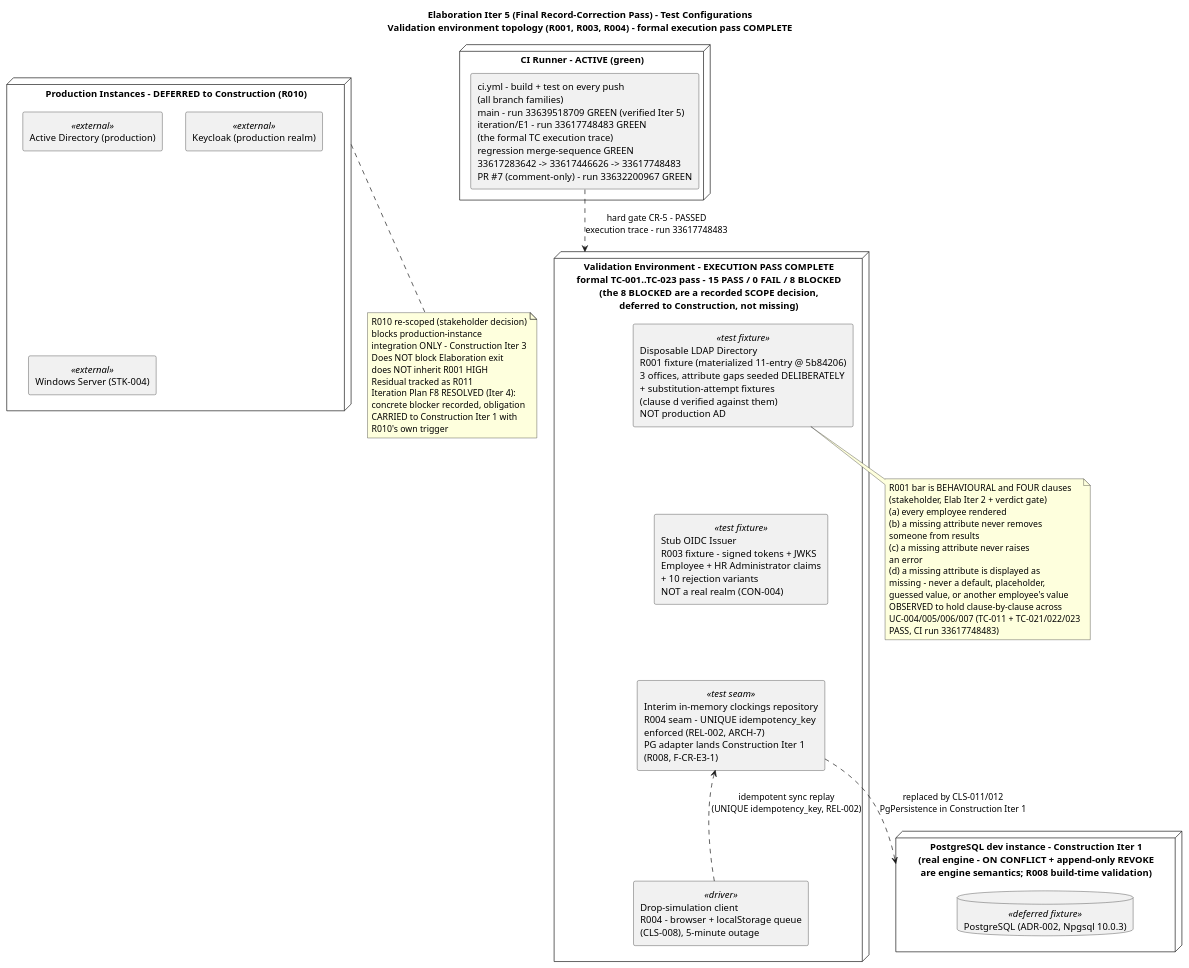
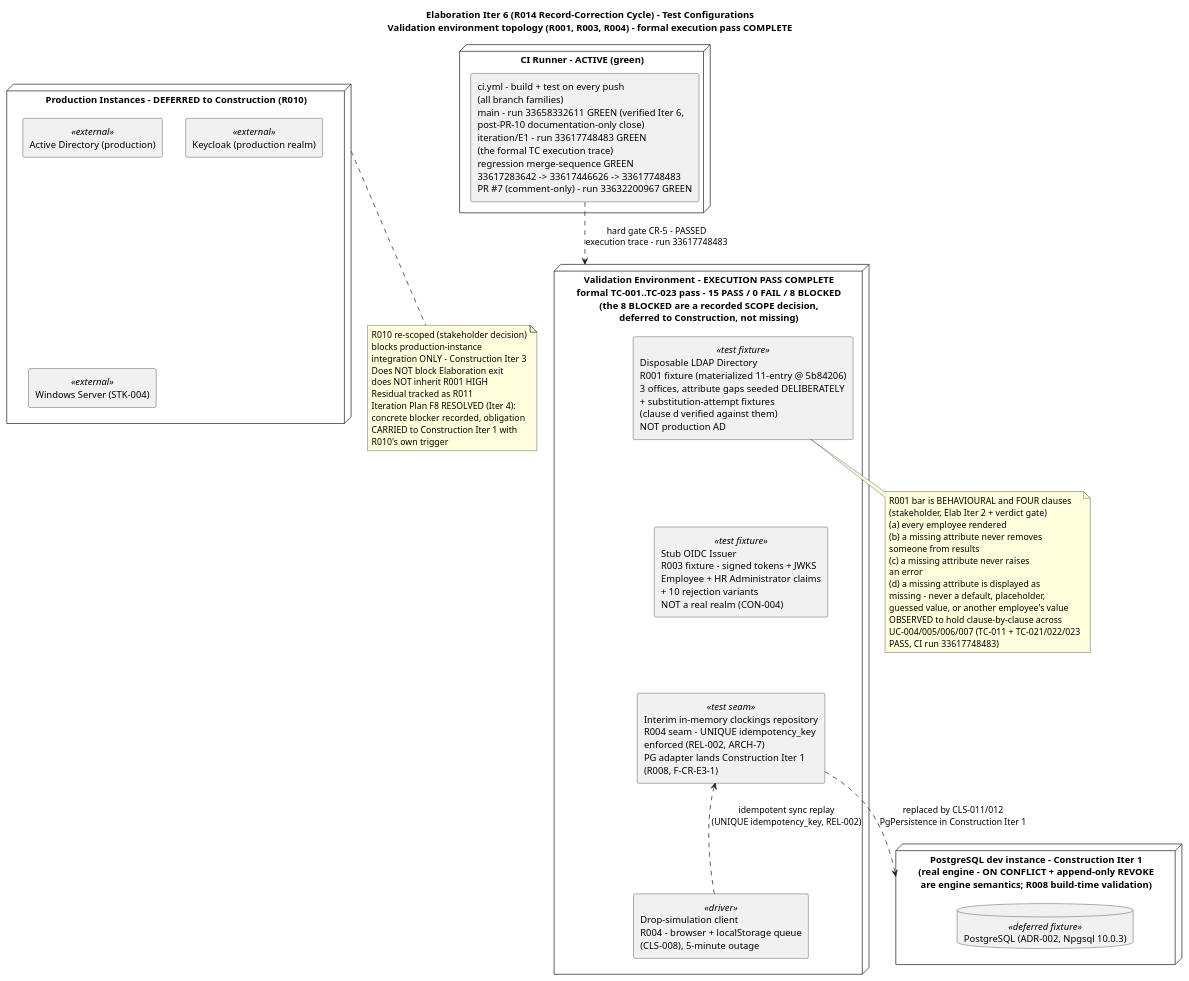
One commit to banense-test/employee-portal changed the first of 5 diagrams in docs/artifacts/test/test-evaluation-summary.md. Above: the diagram before and after it, drawn with PlantUML. The commit also changed other lines of this file, not shown here.

First line of the commit message:
Test Manager [E6]: upsert Test Evaluation Summary

````diff
--- a/docs/artifacts/test/test-evaluation-summary.md
+++ b/docs/artifacts/test/test-evaluation-summary.md
@@ -42,64 +42,64 @@
 ```plantuml
 @startuml
 skinparam componentStyle rectangle
 skinparam fontSize 11
-title Elaboration Iter 5 (Final Record-Correction Pass) - Test Configurations\nValidation environment topology (R001, R003, R004) - formal execution pass COMPLETE
+title Elaboration Iter 6 (R014 Record-Correction Cycle) - Test Configurations\nValidation environment topology (R001, R003, R004) - formal execution pass COMPLETE
 
 node "CI Runner - ACTIVE (green)" as CI {
-  component "ci.yml - build + test on every push\n(all branch families)\nmain - run 33639518709 GREEN (verified Iter 5)\niteration/E1 - run 33617748483 GREEN\n(the formal TC execution trace)\nregression merge-sequence GREEN\n33617283642 -> 33617446626 -> 33617748483\nPR #7 (comment-only) - run 33632200967 GREEN" as CIPIPE
+  component "ci.yml - build + test on every push\n(all branch families)\nmain - run 33658332611 GREEN (verified Iter 6,\npost-PR-10 documentation-only close)\niteration/E1 - run 33617748483 GREEN\n(the formal TC execution trace)\nregression merge-sequence GREEN\n33617283642 -> 33617446626 -> 33617748483\nPR #7 (comment-only) - run 33632200967 GREEN" as CIPIPE
 }
 
 node "Validation Environment - EXECUTION PASS COMPLETE\nformal TC-001..TC-023 pass - 15 PASS / 0 FAIL / 8 BLOCKED\n(the 8 BLOCKED are a recorded SCOPE decision,\ndeferred to Construction, not missing)" as VAL {
   component "Disposable LDAP Directory\nR001 fixture (materialized 11-entry @ 5b84206)\n3 offices, attribute gaps seeded DELIBERATELY\n+ substitution-attempt fixtures\n(clause d verified against them)\nNOT production AD" as LDAPD <<test fixture>>
   component "Stub OIDC Issuer\nR003 fixture - signed tokens + JWKS\nEmployee + HR Administrator claims\n+ 10 rejection variants\nNOT a real realm (CON-004)" as STUB <<test fixture>>
   component "Interim in-memory clockings repository\nR004 seam - UNIQUE idempotency_key\nenforced (REL-002, ARCH-7)\nPG adapter lands Construction Iter 1\n(R008, F-CR-E3-1)" as REPO <<test seam>>
   component "Drop-simulation client\nR004 - browser + localStorage queue\n(CLS-008), 5-minute outage" as DROPC <<driver>>
 }
 
 node "PostgreSQL dev instance - Construction Iter 1\n(real engine - ON CONFLICT + append-only REVOKE\nare engine semantics; R008 build-time validation)" as PGDEF {
   database "PostgreSQL (ADR-002, Npgsql 10.0.3)" as PGDEV <<deferred fixture>>
 }
 
 node "Production Instances - DEFERRED to Construction (R010)" as PROD {
   component "Active Directory (production)" as ADP <<external>>
   component "Keycloak (production realm)" as KCP <<external>>
   component "Windows Server (STK-004)" as WSP <<external>>
 }
 
 CIPIPE ..> VAL : hard gate CR-5 - PASSED\nexecution trace - run 33617748483
 DROPC ..> REPO : idempotent sync replay\n(UNIQUE idempotency_key, REL-002)
 REPO ..> PGDEF : replaced by CLS-011/012\nPgPersistence in Construction Iter 1
 LDAPD -[hidden]-> STUB
 STUB -[hidden]-> REPO
 REPO -[hidden]-> DROPC
 
 note bottom of LDAPD
   R001 bar is BEHAVIOURAL and FOUR clauses
   (stakeholder, Elab Iter 2 + verdict gate)
   (a) every employee rendered
   (b) a missing attribute never removes
   someone from results
   (c) a missing attribute never raises
   an error
   (d) a missing attribute is displayed as
   missing - never a default, placeholder,
   guessed value, or another employee's value
   OBSERVED to hold clause-by-clause across
   UC-004/005/006/007 (TC-011 + TC-021/022/023
   PASS, CI run 33617748483)
 end note
 
 note bottom of PROD
   R010 re-scoped (stakeholder decision)
   blocks production-instance
   integration ONLY - Construction Iter 3
   Does NOT block Elaboration exit
   does NOT inherit R001 HIGH
   Residual tracked as R011
   Iteration Plan F8 RESOLVED (Iter 4):
   concrete blocker recorded, obligation
   CARRIED to Construction Iter 1 with
   R010's own trigger
 end note
 @enduml
 ```
````
